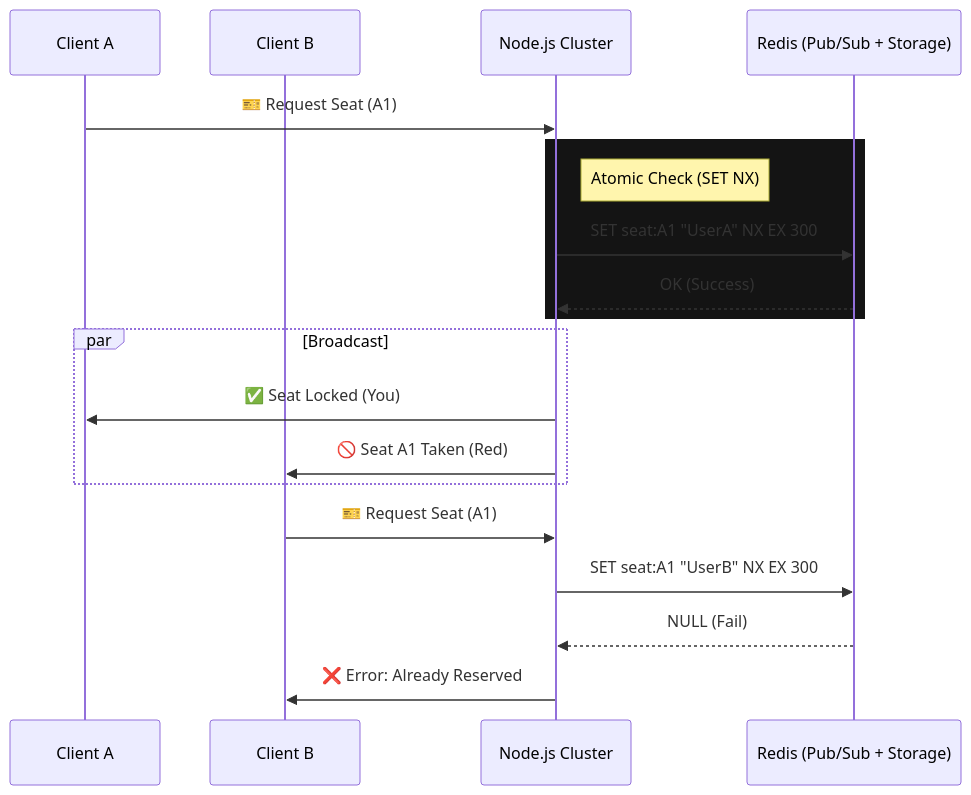
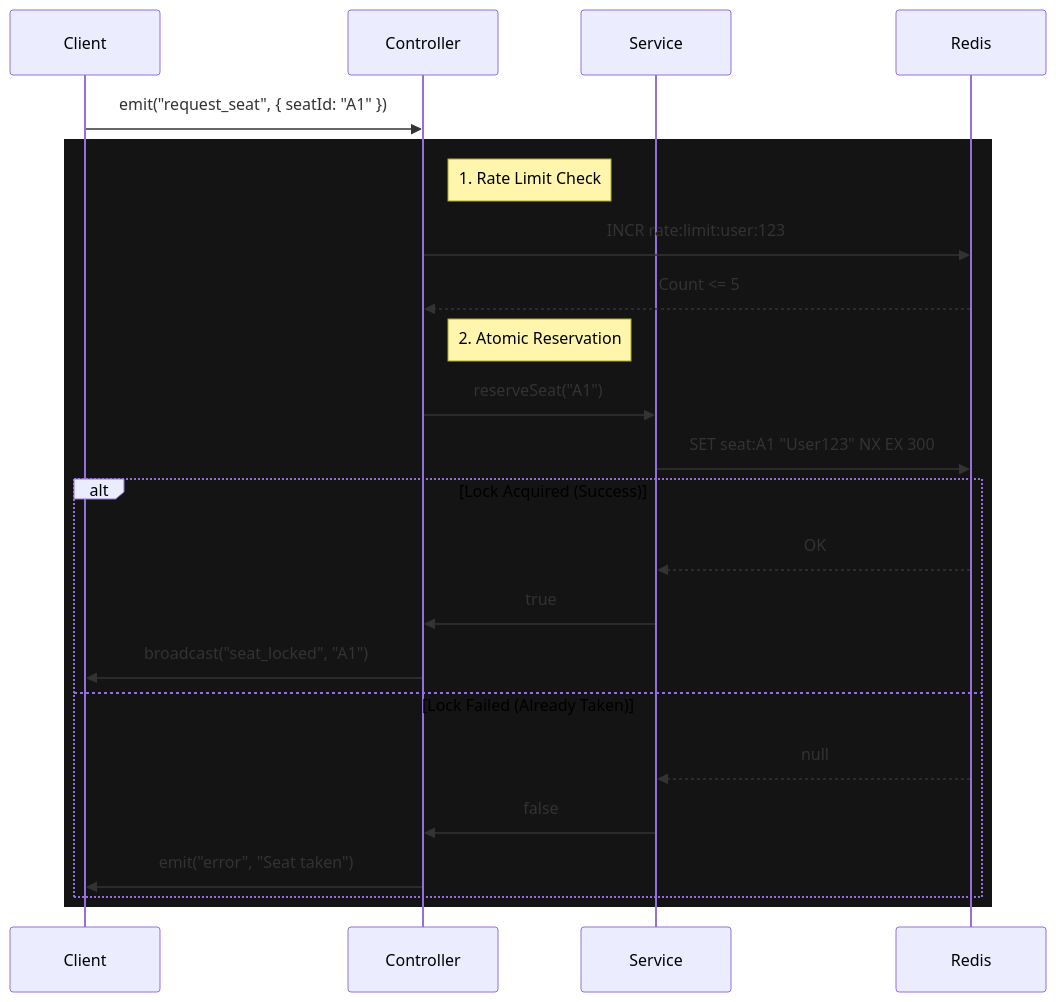
One commit to GersonResplandes/Live-Seat-Map-Engine changed the diagram in README.md. Above: the diagram before and after it, drawn with Mermaid. The commit also changed other lines of this file, not shown here.

````diff
--- a/README.md
+++ b/README.md
@@ -26,25 +12,29 @@
 ```mermaid
 sequenceDiagram
-    participant Client A
-    participant Client B
-    participant Server as Node.js Cluster
-    participant Redis as Redis (Pub/Sub + Storage)
+    participant Client
+    participant Controller
+    participant Service
+    participant Redis
 
-    Client A->>Server: 🎫 Request Seat (A1)
+    Client->>Controller: emit("request_seat", { seatId: "A1" })
     
     rect rgb(20, 20, 20)
-        note right of Server: Atomic Check (SET NX)
-        Server->>Redis: SET seat:A1 "UserA" NX EX 300
-        Redis-->>Server: OK (Success)
+        note right of Controller: 1. Rate Limit Check
+        Controller->>Redis: INCR rate:limit:user:123
+        Redis-->>Controller: Count <= 5
+        
+        note right of Controller: 2. Atomic Reservation
+        Controller->>Service: reserveSeat("A1")
+        Service->>Redis: SET seat:A1 "User123" NX EX 300
+        
+        alt Lock Acquired (Success)
+            Redis-->>Service: OK
+            Service->>Controller: true
+            Controller->>Client: broadcast("seat_locked", "A1")
+        else Lock Failed (Already Taken)
+            Redis-->>Service: null
+            Service->>Controller: false
+            Controller->>Client: emit("error", "Seat taken")
+        end
     end
-
-    par Broadcast
-        Server->>Client A: ✅ Seat Locked (You)
-        Server->>Client B: 🚫 Seat A1 Taken (Red)
-    end
-
-    Client B->>Server: 🎫 Request Seat (A1)
-    Server->>Redis: SET seat:A1 "UserB" NX EX 300
-    Redis-->>Server: NULL (Fail)
-    Server->>Client B: ❌ Error: Already Reserved
 ```
````
